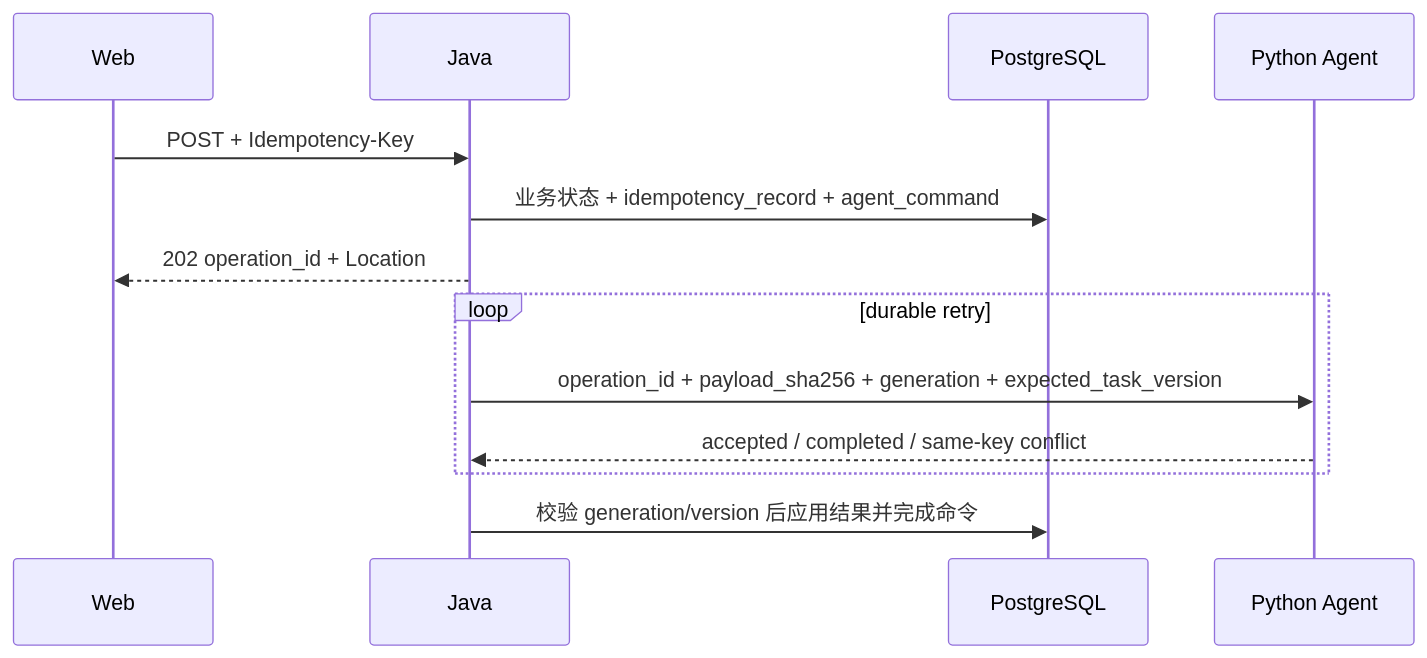
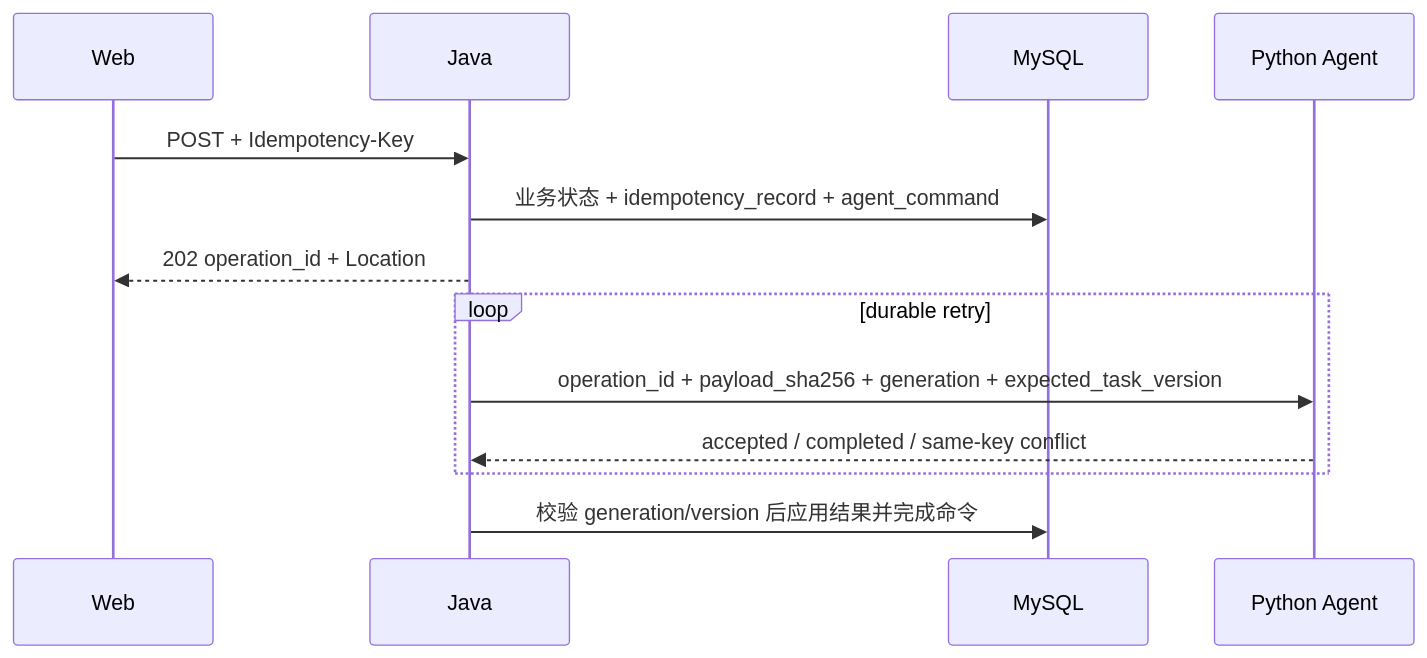
Before and after one commit to zxl666ab-sketch/agentharness: the second of 2 diagrams in docs/architecture.md, drawn with Mermaid. The commit also changed other lines of this file and 128 other files, not shown here.

````diff
--- a/docs/architecture.md
+++ b/docs/architecture.md
@@ -67,16 +53,16 @@
 ```mermaid
 sequenceDiagram
     participant Web
     participant Java
-    participant PG as PostgreSQL
+    participant DB as MySQL
     participant Agent as Python Agent
 
     Web->>Java: POST + Idempotency-Key
-    Java->>PG: 业务状态 + idempotency_record + agent_command
+    Java->>DB: 业务状态 + idempotency_record + agent_command
     Java-->>Web: 202 operation_id + Location
     loop durable retry
         Java->>Agent: operation_id + payload_sha256 + generation + expected_task_version
         Agent-->>Java: accepted / completed / same-key conflict
     end
-    Java->>PG: 校验 generation/version 后应用结果并完成命令
+    Java->>DB: 校验 generation/version 后应用结果并完成命令
 ```
````
